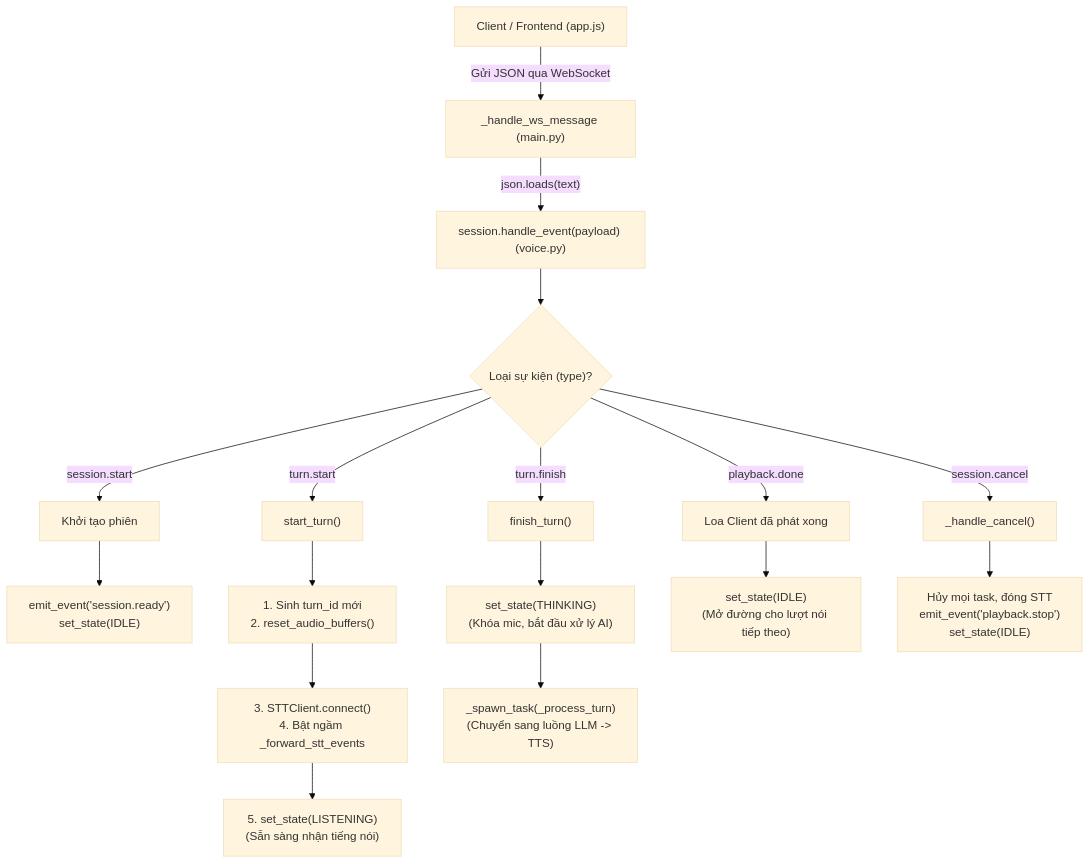
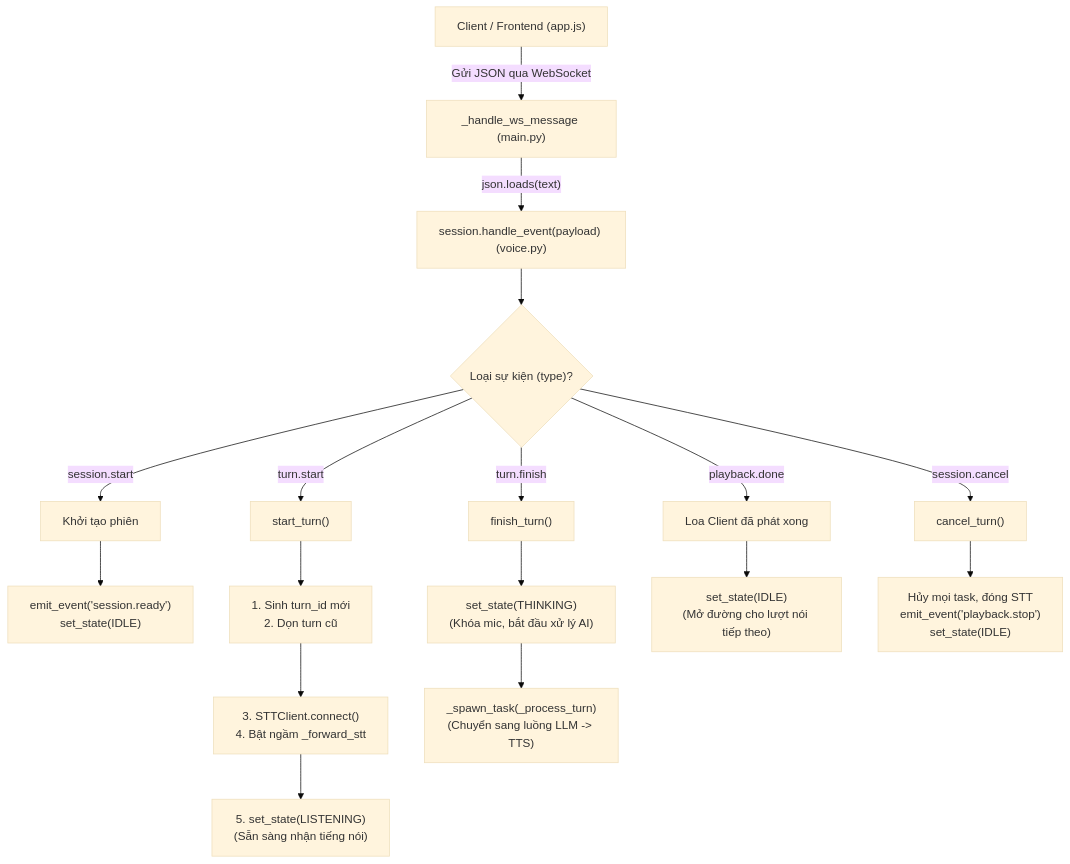
The second of 5 diagrams in docs/01_architecture.md (dinhhthanhh/voicebot), drawn with Mermaid (base theme) before and after one commit. The commit also changed other lines of this file and 15 other files, not shown here.

First line of the commit message:
Refactor backend/frontend architecture, fix edge cases, and sync docs/tests

````diff
--- a/docs/01_architecture.md
+++ b/docs/01_architecture.md
@@ -50,30 +50,30 @@
 ``` mermaid
 flowchart TD
     Client["Client / Frontend (app.js)"] -- "Gửi JSON qua WebSocket" --> WS["_handle_ws_message (main.py)"]
     WS -- "json.loads(text)" --> HandleEvent["session.handle_event(payload) (voice.py)"]
 
     HandleEvent --> Switch{"Loại sự kiện (type)?"}
 
     %% session.start
     Switch -- "session.start" --> SStart["Khởi tạo phiên"]
     SStart --> EmitReady["emit_event('session.ready')\nset_state(IDLE)"]
 
     %% turn.start
     Switch -- "turn.start" --> StartTurn["start_turn()"]
-    StartTurn --> ST1["1. Sinh turn_id mới\n2. reset_audio_buffers()"]
-    ST1 --> ST2["3. STTClient.connect()\n4. Bật ngầm _forward_stt_events"]
+    StartTurn --> ST1["1. Sinh turn_id mới\n2. Dọn turn cũ"]
+    ST1 --> ST2["3. STTClient.connect()\n4. Bật ngầm _forward_stt"]
     ST2 --> ST3["5. set_state(LISTENING)\n(Sẵn sàng nhận tiếng nói)"]
 
     %% turn.finish
     Switch -- "turn.finish" --> FinishTurn["finish_turn()"]
     FinishTurn --> FT1["set_state(THINKING)\n(Khóa mic, bắt đầu xử lý AI)"]
     FT1 --> FT2["_spawn_task(_process_turn)\n(Chuyển sang luồng LLM -> TTS)"]
 
     %% playback.done
     Switch -- "playback.done" --> PlaybackDone["Loa Client đã phát xong"]
     PlaybackDone --> SetIdle["set_state(IDLE)\n(Mở đường cho lượt nói tiếp theo)"]
 
     %% session.cancel
-    Switch -- "session.cancel" --> Cancel["_handle_cancel()"]
+    Switch -- "session.cancel" --> Cancel["cancel_turn()"]
     Cancel --> Can1["Hủy mọi task, đóng STT\nemit_event('playback.stop')\nset_state(IDLE)"]
 ```
````
